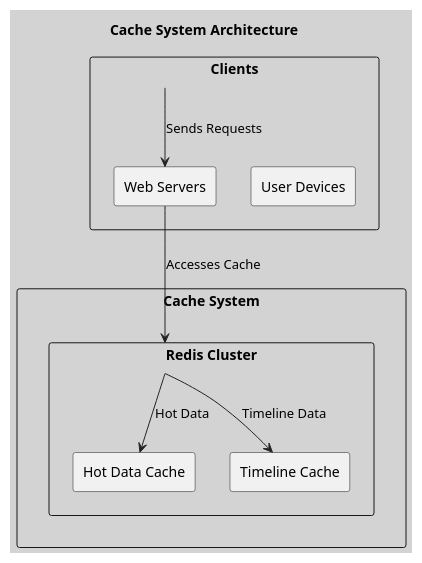
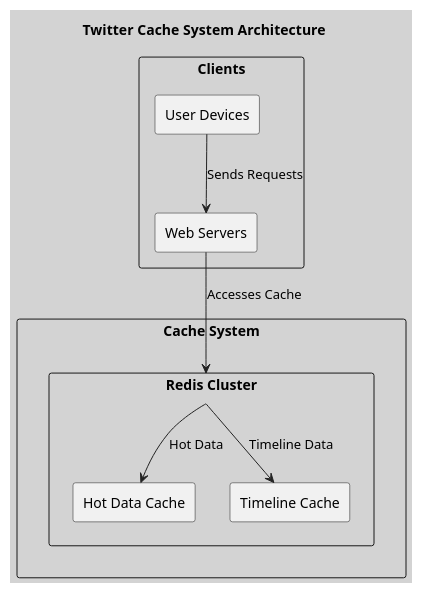
One commit to huangyingw/system_design changed the diagram in twitter/twitter_cache_system_architecture.puml. Above: the diagram before and after it, drawn with PlantUML.

```diff
--- a/twitter/twitter_cache_system_architecture.puml
+++ b/twitter/twitter_cache_system_architecture.puml
@@ -1,31 +1,31 @@
 @startuml
 
 skinparam backgroundColor #D3D3D3
 skinparam class {
-    BackgroundColor #FFFFFF
-        BorderColor #222
-        ArrowColor #222
-        FontName "Arial"
-        FontSize 14
+  BackgroundColor #FFFFFF
+  BorderColor #222
+  ArrowColor #222
+  FontName "Arial"
+  FontSize 14
 }
 
-title Cache System Architecture
+title Twitter Cache System Architecture
 
 rectangle "Clients" as Clients {
-    rectangle "User Devices" as UD
-        rectangle "Web Servers" as WS
+  rectangle "User Devices" as UD
+  rectangle "Web Servers" as WS
 }
 
 rectangle "Cache System" as Cache {
-    rectangle "Redis Cluster" as Redis {
-        rectangle "Hot Data Cache" as HDC
-            rectangle "Timeline Cache" as TC
-    }
+  rectangle "Redis Cluster" as Redis {
+    rectangle "Hot Data Cache" as HDC
+    rectangle "Timeline Cache" as TC
+  }
 }
 
-Clients -down-> WS : Sends Requests
+UD -down-> WS : Sends Requests
 WS -down-> Redis : Accesses Cache
 Redis -down-> HDC : Hot Data
 Redis -down-> TC : Timeline Data
 
 @enduml
```
